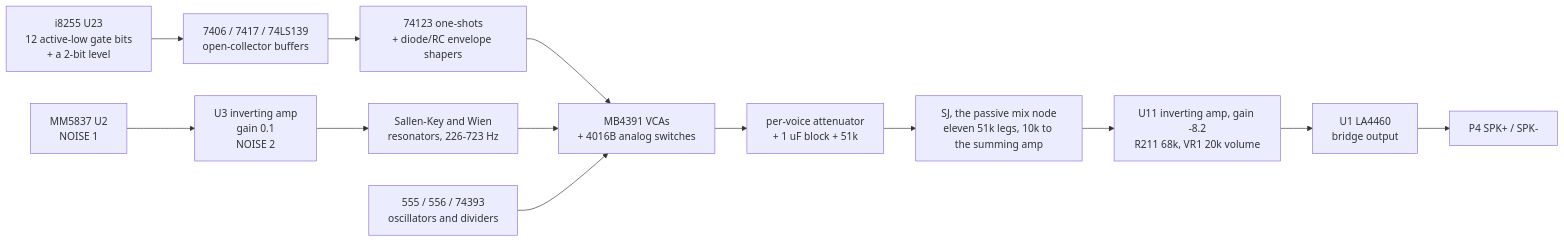
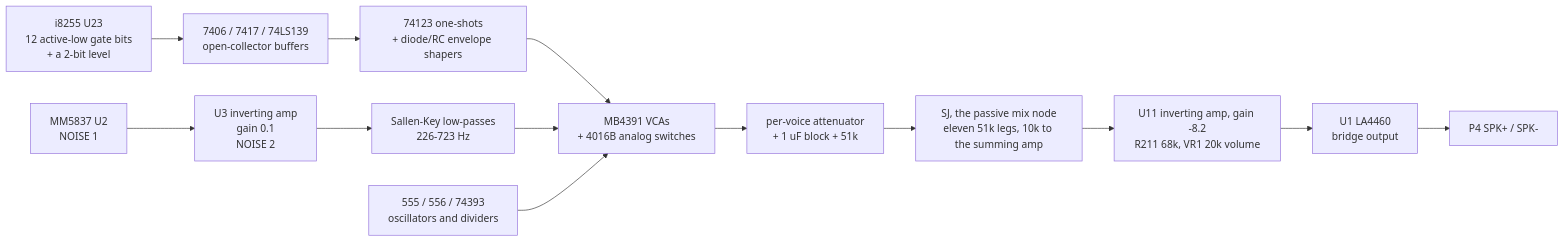
Before and after one commit to patsoffice/phosphor-emulator: the diagram in docs/schematics/zaxxon-discrete-sound.md, drawn with Mermaid. The commit also changed other lines of this file and 8 other files, not shown here.

````diff
--- a/docs/schematics/zaxxon-discrete-sound.md
+++ b/docs/schematics/zaxxon-discrete-sound.md
@@ -45,15 +56,15 @@
 ```mermaid
 flowchart LR
   PPI["i8255 U23<br/>12 active-low gate bits<br/>+ a 2-bit level"] --> GATES
   GATES["7406 / 7417 / 74LS139<br/>open-collector buffers"] --> SHAPE
   MM["MM5837 U2<br/>NOISE 1"] --> N2["U3 inverting amp<br/>gain 0.1<br/>NOISE 2"]
   SHAPE["74123 one-shots<br/>+ diode/RC envelope shapers"] --> VCA
-  N2 --> FILT["Sallen-Key and Wien<br/>resonators, 226-723 Hz"]
+  N2 --> FILT["Sallen-Key low-passes<br/>226-723 Hz"]
   FILT --> VCA
   OSC["555 / 556 / 74393<br/>oscillators and dividers"] --> VCA
   VCA["MB4391 VCAs<br/>+ 4016B analog switches"] --> LEG
   LEG["per-voice attenuator<br/>+ 1 uF block + 51k"] --> SJ
   SJ["SJ, the passive mix node<br/>eleven 51k legs, 10k to the summing amp"] --> AMP
   AMP["U11 inverting amp, gain -8.2<br/>R211 68k, VR1 20k volume"] --> PWR
   PWR["U1 LA4460<br/>bridge output"] --> SPK["P4 SPK+ / SPK-"]
 ```
````
